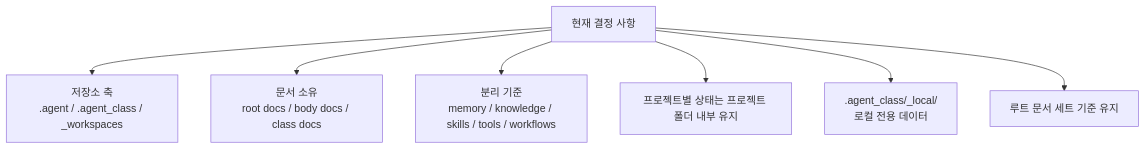
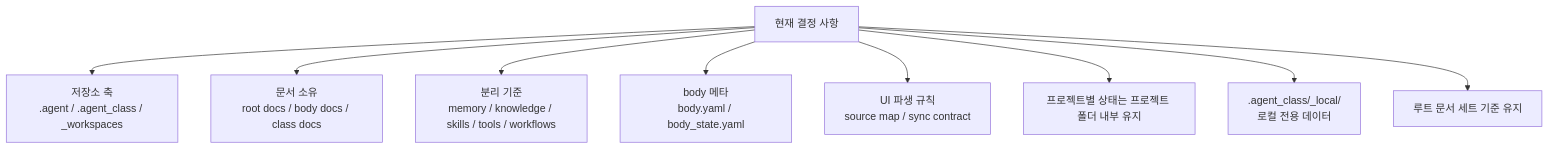
One commit to SungYongMOON/soulforge changed the diagram in docs/architecture/CURRENT_DECISIONS.md. Above: the diagram before and after it, drawn with Mermaid. The commit also changed other lines of this file and 17 other files, not shown here.

````diff
--- a/docs/architecture/CURRENT_DECISIONS.md
+++ b/docs/architecture/CURRENT_DECISIONS.md
@@ -5,9 +5,11 @@
 ```mermaid
 flowchart TD
   D["현재 결정 사항"] --> S["저장소 축<br/>.agent / .agent_class / _workspaces"]
   D --> O["문서 소유<br/>root docs / body docs / class docs"]
   D --> M["분리 기준<br/>memory / knowledge / skills / tools / workflows"]
+  D --> B["body 메타<br/>body.yaml / body_state.yaml"]
+  D --> U["UI 파생 규칙<br/>source map / sync contract"]
   D --> P["프로젝트별 상태는 프로젝트 폴더 내부 유지"]
   D --> L[".agent_class/_local/<br/>로컬 전용 데이터"]
   D --> R["루트 문서 세트 기준 유지"]
 ```
````
